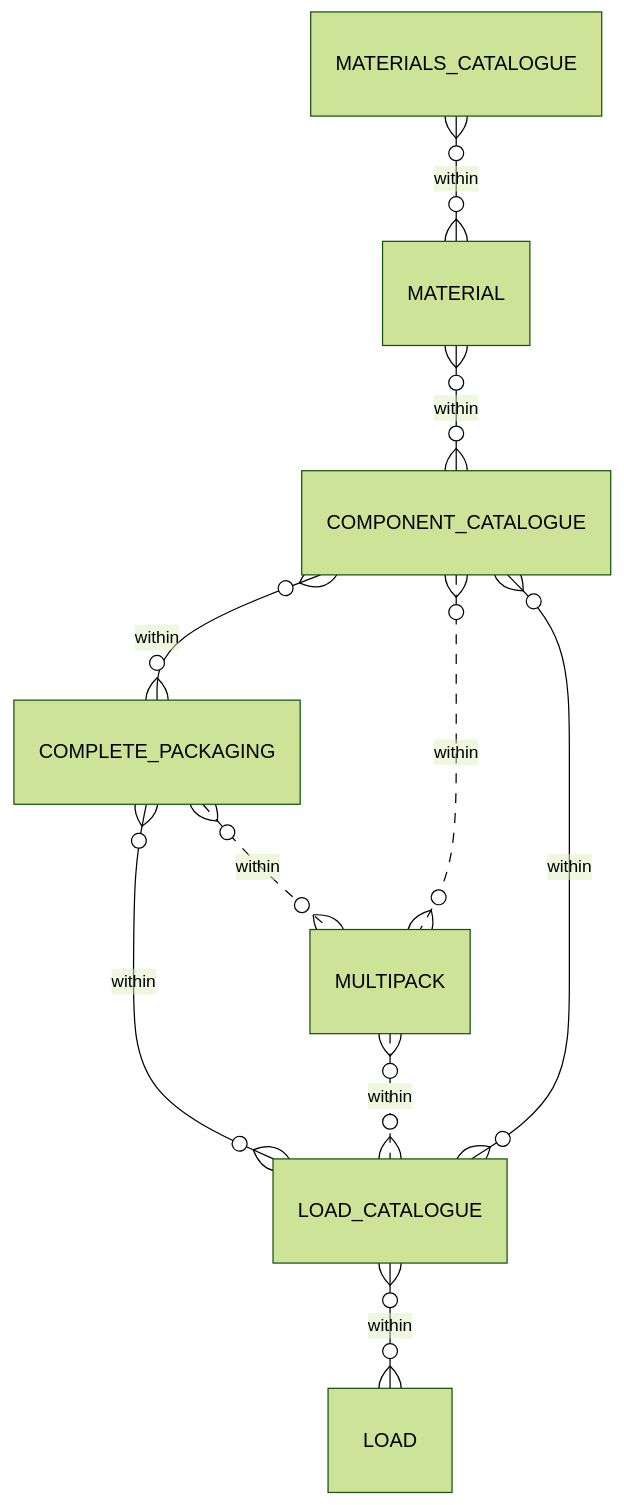
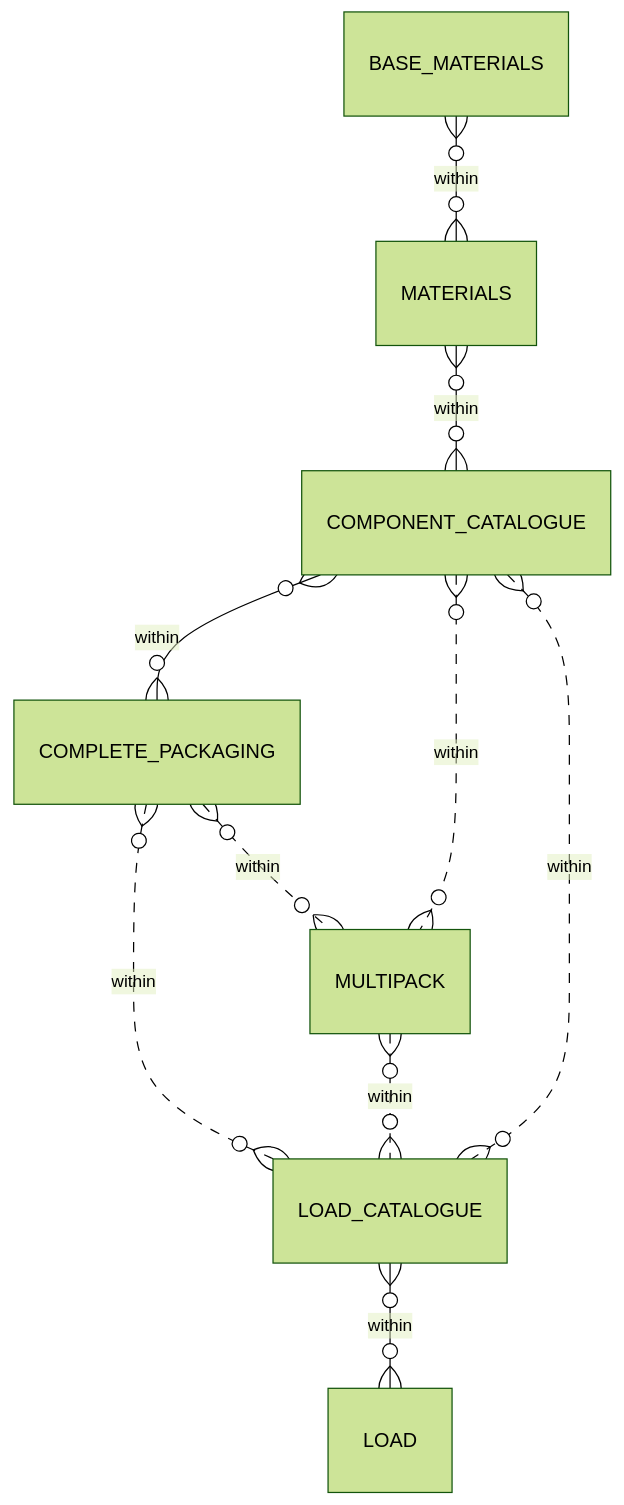
One commit to OpenDataManchester/Open3P changed the diagram in docs/1_Start_Here/1_4_Data_Schema.md. Above: the diagram before and after it, drawn with Mermaid (forest theme). The commit also changed 2 other files, not shown here.

Commit message:
Updated Materials schema

````diff
--- a/docs/1_Start_Here/1_4_Data_Schema.md
+++ b/docs/1_Start_Here/1_4_Data_Schema.md
@@ -7,12 +7,12 @@
 ``` mermaid
 erDiagram
-  MATERIALS_CATALOGUE }o--o{ MATERIAL : within
-  MATERIAL }o--o{ COMPONENT_CATALOGUE : within
+  BASE_MATERIALS }o--o{ MATERIALS : within
+  MATERIALS }o--o{ COMPONENT_CATALOGUE : within
   COMPONENT_CATALOGUE }o--o{ COMPLETE_PACKAGING : within
   COMPLETE_PACKAGING }o..o{ MULTIPACK : within
   COMPONENT_CATALOGUE }o..o{ MULTIPACK : within
-  COMPLETE_PACKAGING }o--o{ LOAD_CATALOGUE : within
+  COMPLETE_PACKAGING }o..o{ LOAD_CATALOGUE : within
   MULTIPACK }o..o{ LOAD_CATALOGUE : within
-  COMPONENT_CATALOGUE }o--o{ LOAD_CATALOGUE : within
+  COMPONENT_CATALOGUE }o..o{ LOAD_CATALOGUE : within
   LOAD_CATALOGUE }o--o{ LOAD : within
 ```
````
